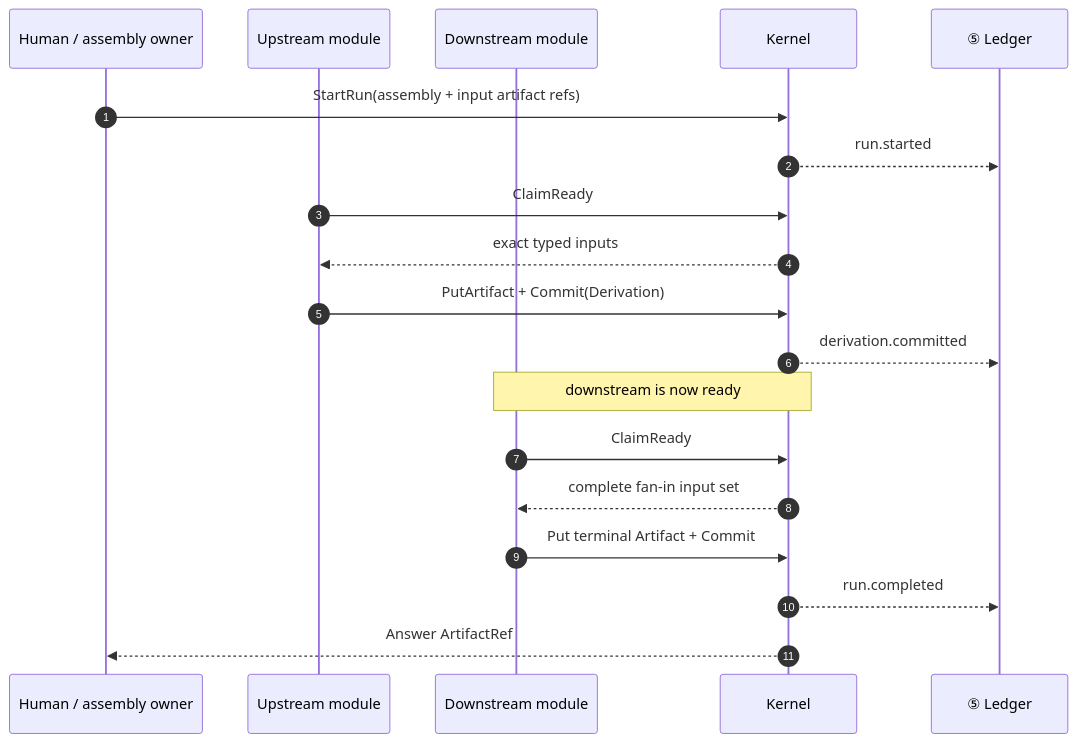
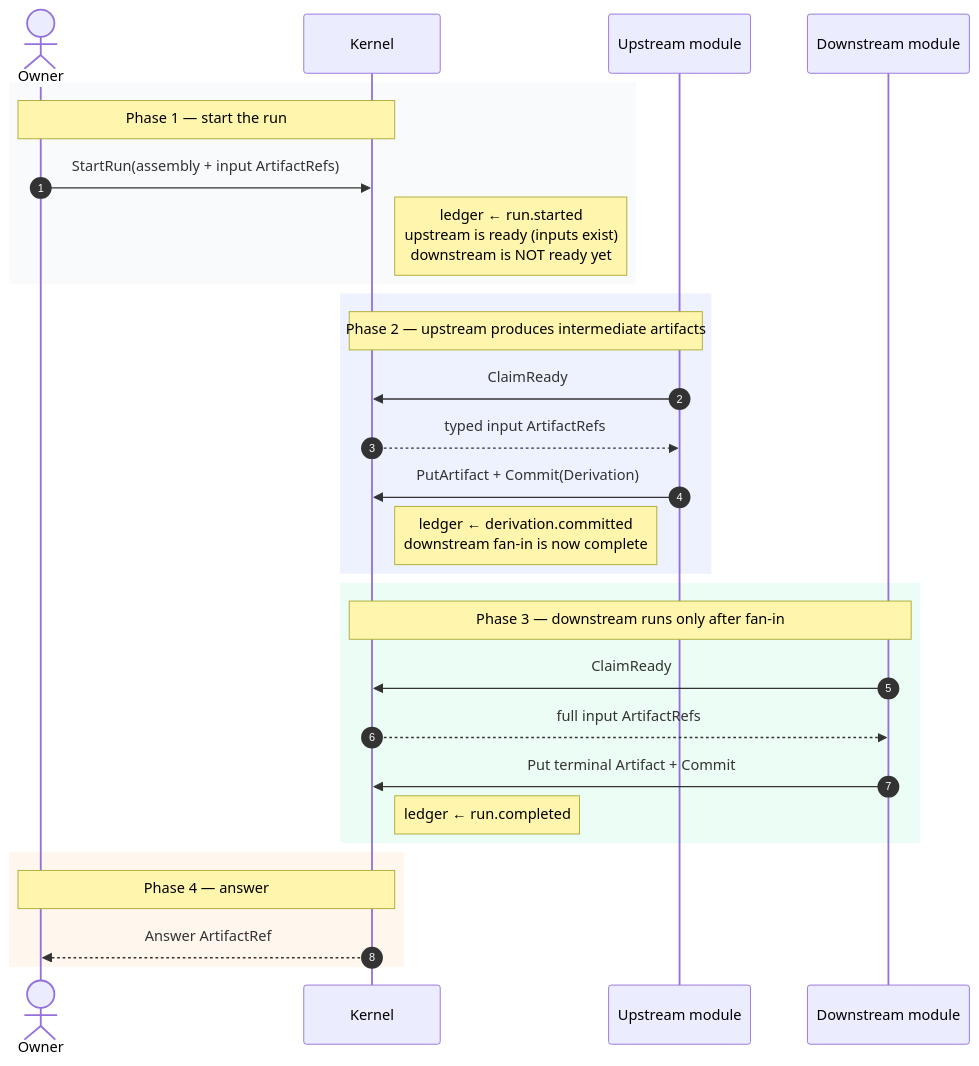
The seventh of 8 diagrams in README.md (philcantcode/srcport-substrate), drawn with Mermaid before and after one commit. The commit also changed other lines of this file, not shown here.

First line of the commit message:
docs(readme): clarify architecture diagrams and run sequence

````diff
--- a/README.md
+++ b/README.md
@@ -293,22 +260,35 @@
 ```mermaid
 sequenceDiagram
     autonumber
-    participant H as Human / assembly owner
-    participant A as Upstream module
-    participant B as Downstream module
-    participant K as Kernel
-    participant L as ⑤ Ledger
+    actor Owner as Owner
+    participant Kernel as Kernel
+    participant Up as Upstream module
+    participant Down as Downstream module
 
-    H->>K: StartRun(assembly + input artifact refs)
-    K-->>L: run.started
-    A->>K: ClaimReady
-    K-->>A: exact typed inputs
-    A->>K: PutArtifact + Commit(Derivation)
-    K-->>L: derivation.committed
-    Note over B,K: downstream is now ready
-    B->>K: ClaimReady
-    K-->>B: complete fan-in input set
-    B->>K: Put terminal Artifact + Commit
-    K-->>L: run.completed
-    K-->>H: Answer ArtifactRef
+    rect rgb(248, 250, 252)
+        Note over Owner,Kernel: Phase 1 — start the run
+        Owner->>Kernel: StartRun(assembly + input ArtifactRefs)
+        Note right of Kernel: ledger ← run.started<br/>upstream is ready (inputs exist)<br/>downstream is NOT ready yet
+    end
+
+    rect rgb(238, 242, 255)
+        Note over Kernel,Up: Phase 2 — upstream produces intermediate artifacts
+        Up->>Kernel: ClaimReady
+        Kernel-->>Up: typed input ArtifactRefs
+        Up->>Kernel: PutArtifact + Commit(Derivation)
+        Note right of Kernel: ledger ← derivation.committed<br/>downstream fan-in is now complete
+    end
+
+    rect rgb(236, 253, 245)
+        Note over Kernel,Down: Phase 3 — downstream runs only after fan-in
+        Down->>Kernel: ClaimReady
+        Kernel-->>Down: full input ArtifactRefs
+        Down->>Kernel: Put terminal Artifact + Commit
+        Note right of Kernel: ledger ← run.completed
+    end
+
+    rect rgb(255, 247, 237)
+        Note over Owner,Kernel: Phase 4 — answer
+        Kernel-->>Owner: Answer ArtifactRef
+    end
 ```
````
